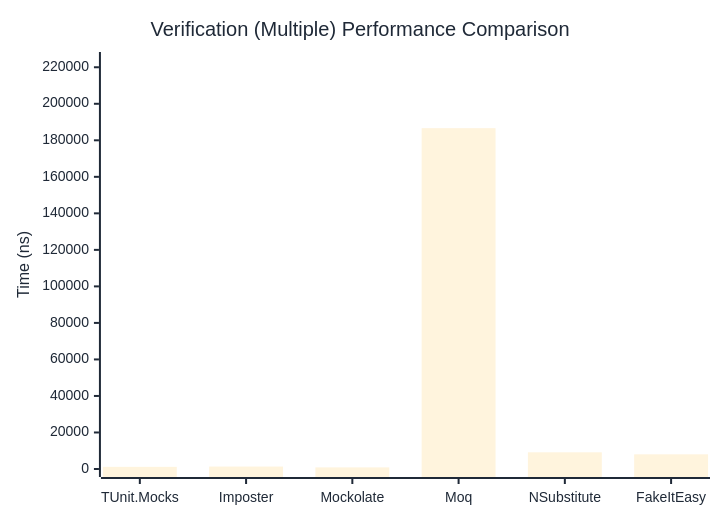
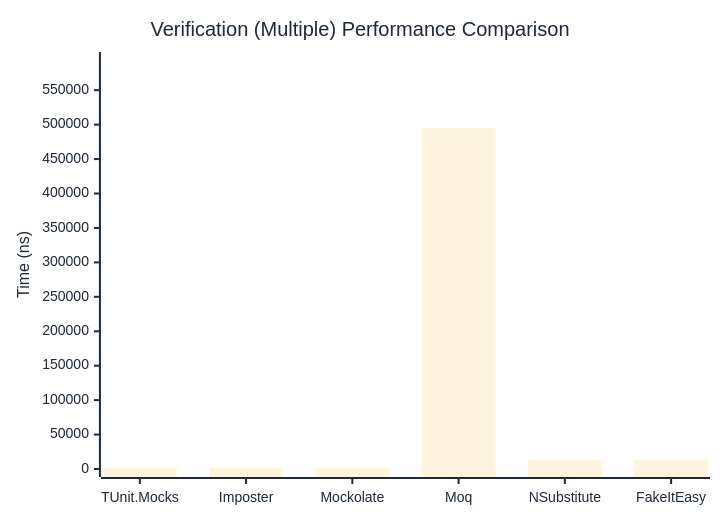
Before and after one commit to zion-sati/TUnit-NetWasm: the third of 3 diagrams in docs/docs/benchmarks/mocks/Verification.md, drawn with Mermaid. The commit also changed other lines of this file and 294 other files, not shown here.

````diff
--- a/docs/docs/benchmarks/mocks/Verification.md
+++ b/docs/docs/benchmarks/mocks/Verification.md
@@ -112,27 +112,27 @@
 ```mermaid
 %%{init: {
   'theme':'base',
   'themeVariables': {
     'primaryColor': '#2563eb',
     'primaryTextColor': '#1f2937',
     'primaryBorderColor': '#1e40af',
     'lineColor': '#6b7280',
     'secondaryColor': '#7c3aed',
     'tertiaryColor': '#dc2626',
     'background': '#ffffff',
     'pie1': '#2563eb',
     'pie2': '#7c3aed',
     'pie3': '#dc2626',
     'pie4': '#f59e0b',
     'pie5': '#10b981',
     'pie6': '#06b6d4',
     'pie7': '#ec4899',
     'pie8': '#6366f1'
   }
 }}%%
 xychart-beta
   title "Verification (Multiple) Performance Comparison"
   x-axis ["TUnit.Mocks", "Imposter", "Mockolate", "Moq", "NSubstitute", "FakeItEasy"]
-  y-axis "Time (ns)" 0 --> 223976
-  bar [1180.57, 1335.44, 882.56, 186646.44, 9139.52, 8031.93]
+  y-axis "Time (ns)" 0 --> 593823
+  bar [1225.36, 1704.59, 1145.79, 494852.13, 12531.34, 13435.67]
 ```
````
